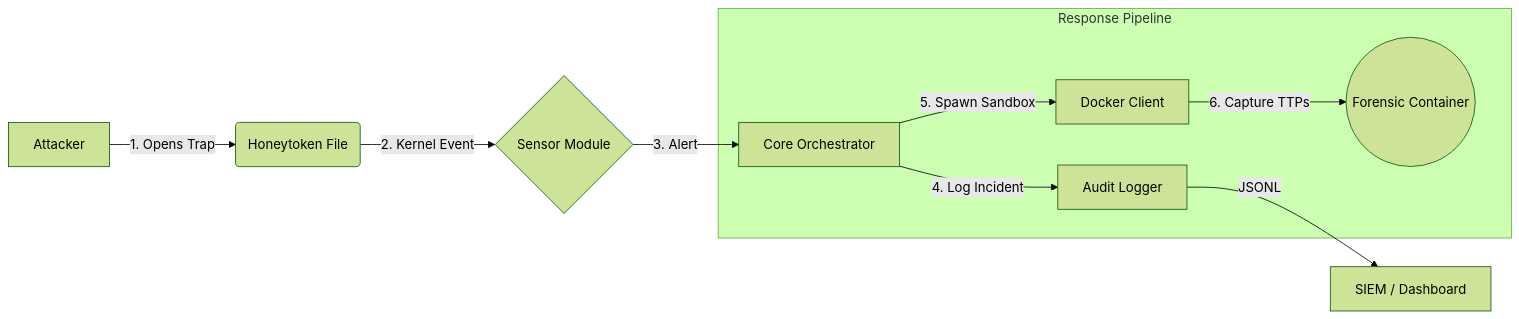
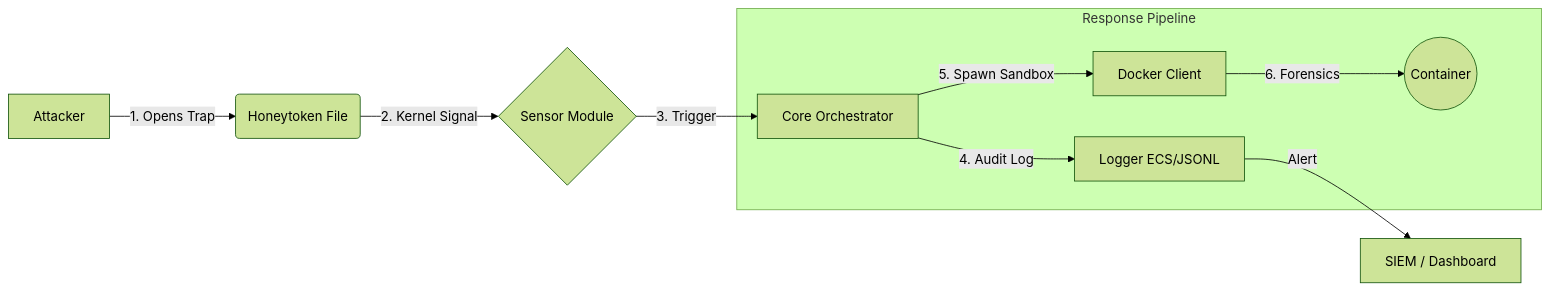
Before and after one commit to Imam1325/Phantom-Files: the diagram in README.md, drawn with Mermaid (forest theme). The commit also changed other lines of this file and 1 other file, not shown here.

````diff
--- a/README.md
+++ b/README.md
@@ -44,14 +60,14 @@
 ```mermaid
 graph LR
     H[Attacker] -->|1. Opens Trap| T(Honeytoken File)
-    T -->|2. Kernel Event| S{Sensor Module}
-    S -->|3. Alert| O[Core Orchestrator]
+    T -->|2. Kernel Signal| S{Sensor Module}
+    S -->|3. Trigger| O[Core Orchestrator]
     
     subgraph "Response Pipeline"
-    O -->|4. Log Incident| L[Audit Logger]
+    O -->|4. Audit Log| L[Logger ECS/JSONL]
     O -->|5. Spawn Sandbox| D[Docker Client]
-    D -->|6. Capture TTPs| C((Forensic Container))
+    D -->|6. Forensics| C((Container))
     end
     
-    L -->|JSONL| J[SIEM / Dashboard]
+    L -->|Alert| J[SIEM / Dashboard]
 ```
````
